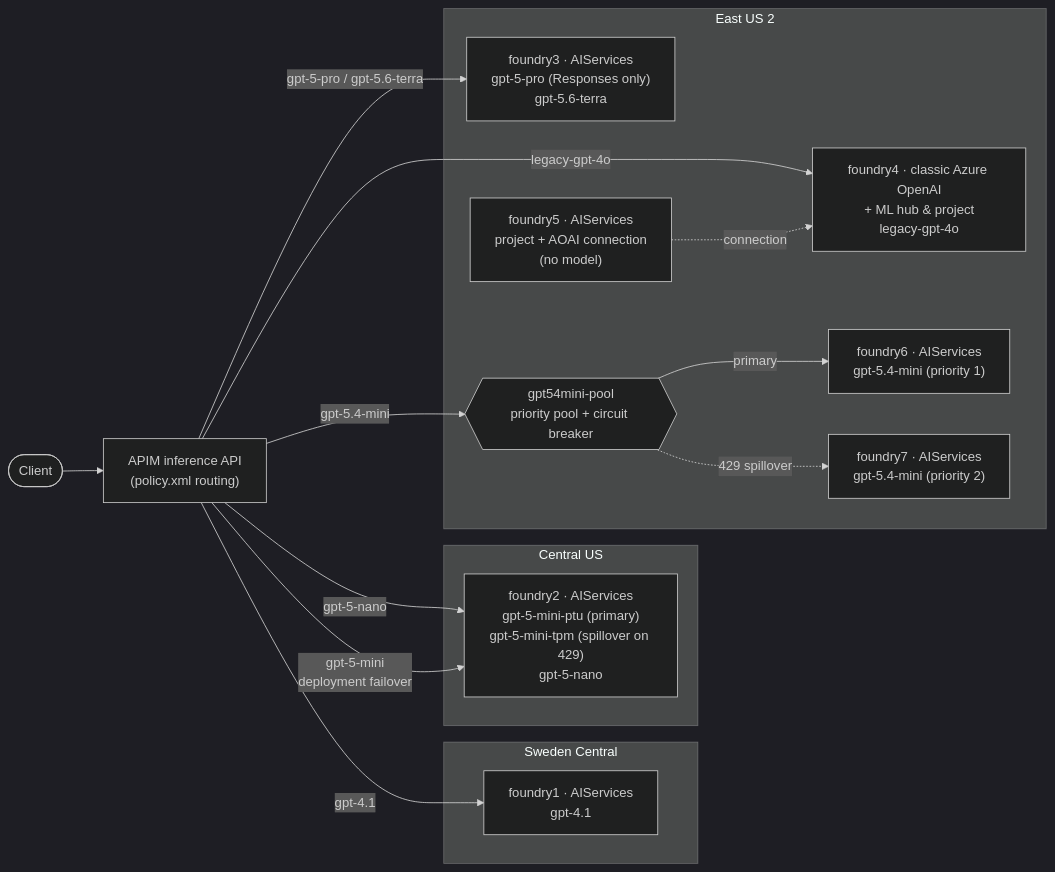
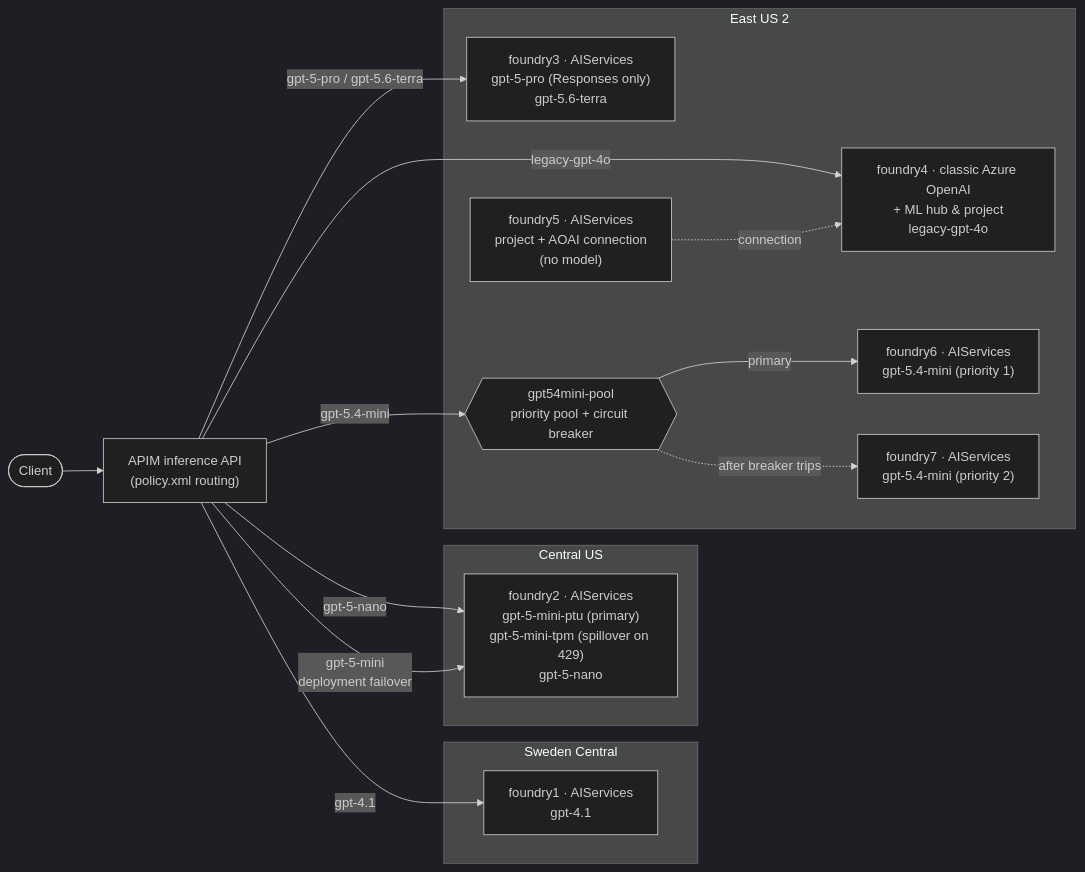
One commit to chrye/model-routing changed the first of 2 diagrams in README.md. Above: the diagram before and after it, drawn with Mermaid (dark theme). The commit also changed other lines of this file and 5 other files, not shown here.

````diff
--- a/README.md
+++ b/README.md
@@ -18,30 +18,30 @@
 ```mermaid
 flowchart LR
     client([Client]) --> apim["APIM inference API<br/>(policy.xml routing)"]
 
     apim -->|gpt-4.1| f1
     apim -->|gpt-5-nano| f2
     apim -->|gpt-5-mini<br/>deployment failover| f2
     apim -->|gpt-5-pro / gpt-5.6-terra| f3
     apim -->|gpt-5.4-mini| pool
     apim -->|legacy-gpt-4o| f4
 
     subgraph SC[Sweden Central]
         f1["foundry1 · AIServices<br/>gpt-4.1"]
     end
     subgraph CUS[Central US]
         f2["foundry2 · AIServices<br/>gpt-5-mini-ptu (primary)<br/>gpt-5-mini-tpm (spillover on 429)<br/>gpt-5-nano"]
     end
     subgraph EUS2[East US 2]
         f3["foundry3 · AIServices<br/>gpt-5-pro (Responses only)<br/>gpt-5.6-terra"]
         pool{{"gpt54mini-pool<br/>priority pool + circuit breaker"}}
         f6["foundry6 · AIServices<br/>gpt-5.4-mini (priority 1)"]
         f7["foundry7 · AIServices<br/>gpt-5.4-mini (priority 2)"]
         f4["foundry4 · classic Azure OpenAI<br/>+ ML hub &amp; project<br/>legacy-gpt-4o"]
         f5["foundry5 · AIServices<br/>project + AOAI connection<br/>(no model)"]
     end
 
     pool -->|primary| f6
-    pool -.->|429 spillover| f7
+    pool -.->|after breaker trips| f7
     f5 -.connection.-> f4
 ```
````
